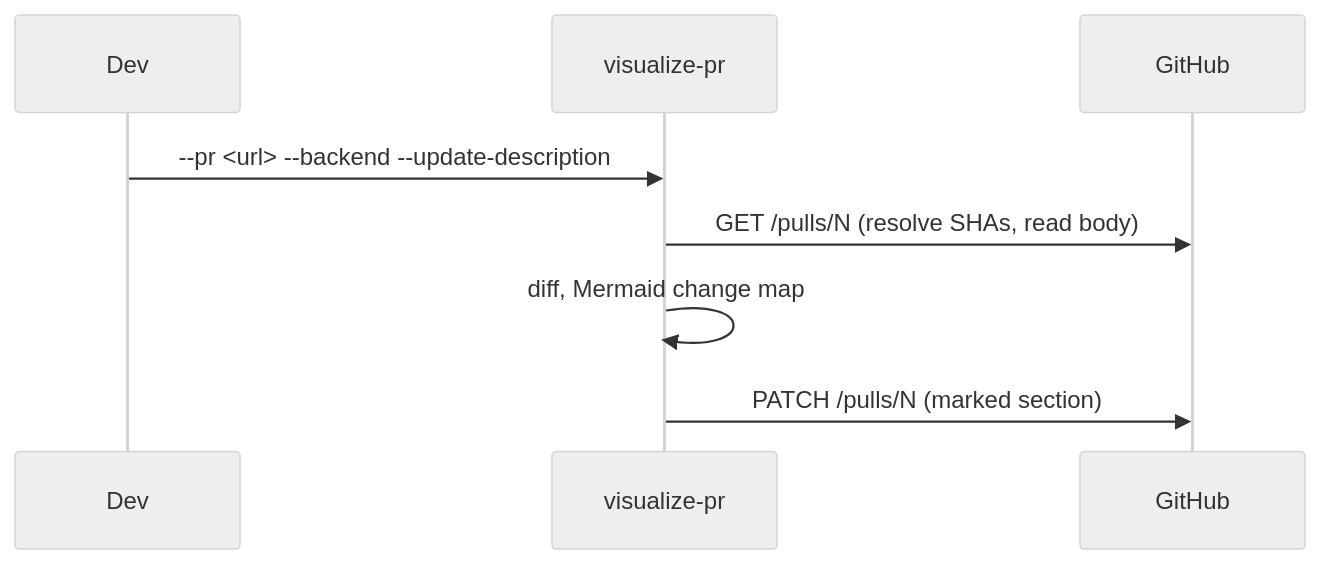
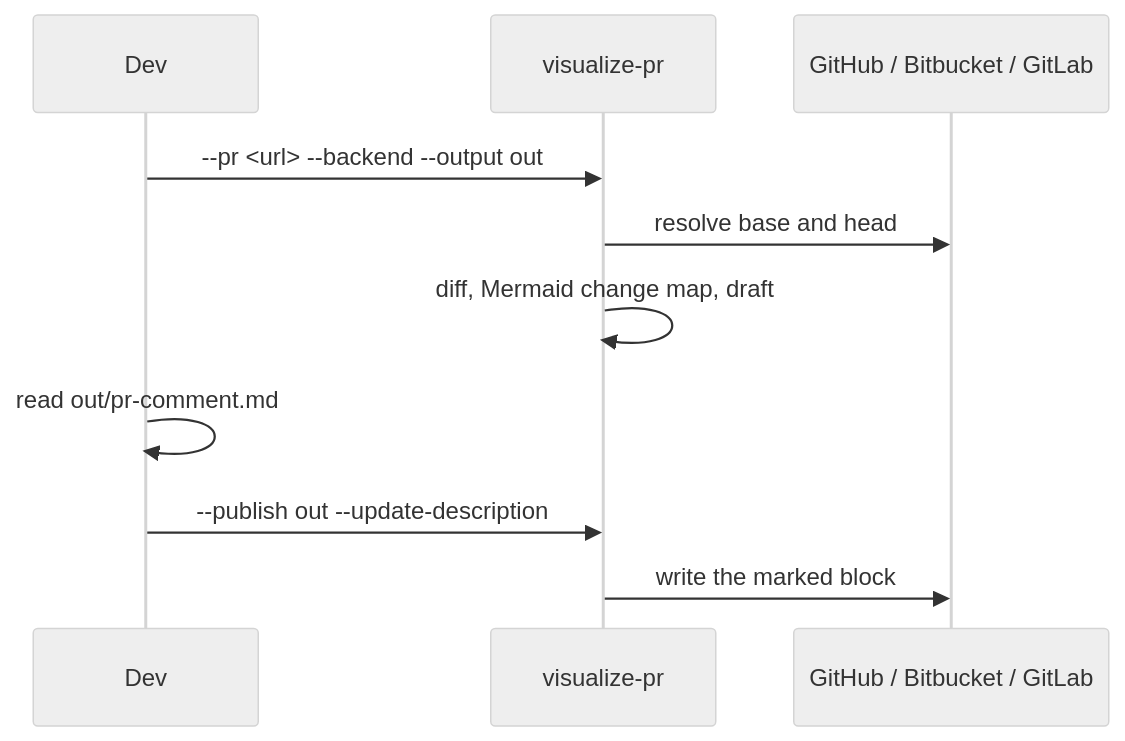
Before and after one commit to aryswisnu/skills: the second of 2 diagrams in README.md, drawn with Mermaid (neutral theme). The commit also changed other lines of this file, not shown here.

````diff
--- a/README.md
+++ b/README.md
@@ -165,10 +195,12 @@
 ```mermaid
 sequenceDiagram
   participant Dev
   participant CLI as visualize-pr
-  participant GH as GitHub
-  Dev->>CLI: --pr <url> --backend --update-description
-  CLI->>GH: GET /pulls/N (resolve SHAs, read body)
-  CLI->>CLI: diff, Mermaid change map
-  CLI->>GH: PATCH /pulls/N (marked section)
+  participant Forge as GitHub / Bitbucket / GitLab
+  Dev->>CLI: --pr <url> --backend --output out
+  CLI->>Forge: resolve base and head
+  CLI->>CLI: diff, Mermaid change map, draft
+  Dev->>Dev: read out/pr-comment.md
+  Dev->>CLI: --publish out --update-description
+  CLI->>Forge: write the marked block
 ```
````
